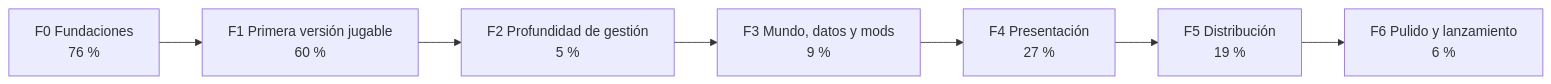
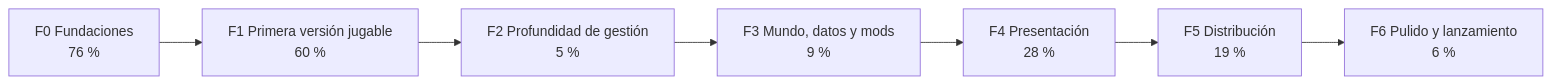
The first of 2 diagrams in README.md (dariogea/BM27), drawn with Mermaid before and after one commit. The commit also changed other lines of this file and 10 other files, not shown here.

````diff
--- a/README.md
+++ b/README.md
@@ -91,11 +91,11 @@
 ```mermaid
 flowchart LR
   F0["F0 Fundaciones<br/>76 %"]
   F1["F1 Primera versión jugable<br/>60 %"]
   F2["F2 Profundidad de gestión<br/>5 %"]
   F3["F3 Mundo, datos y mods<br/>9 %"]
-  F4["F4 Presentación<br/>27 %"]
+  F4["F4 Presentación<br/>28 %"]
   F5["F5 Distribución<br/>19 %"]
   F6["F6 Pulido y lanzamiento<br/>6 %"]
   F0 --> F1 --> F2 --> F3 --> F4 --> F5 --> F6
 ```
````
